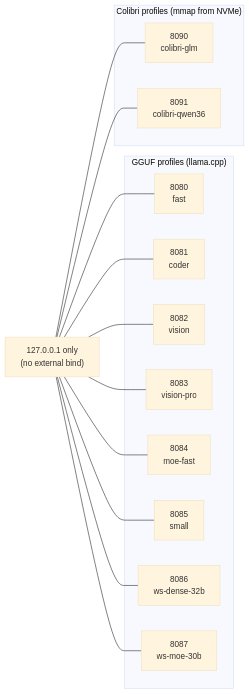
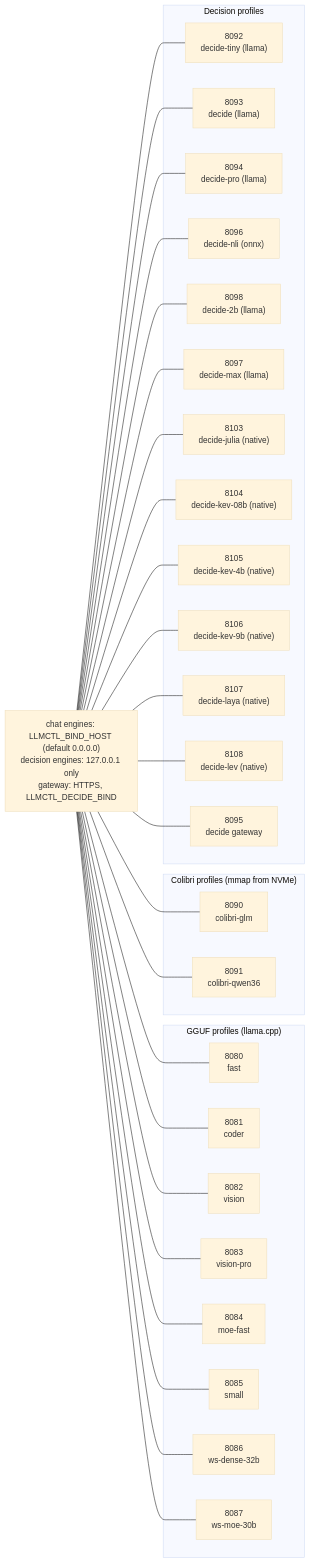
One commit to vasic-digital/llmctl changed the fifth of 10 diagrams in docs/architecture.md. Above: the diagram before and after it, drawn with Mermaid (base theme). The commit also changed other lines of this file and 1423 other files, not shown here.

````diff
--- a/docs/architecture.md
+++ b/docs/architecture.md
@@ -173,18 +200,33 @@
 ```mermaid
 flowchart LR
     subgraph "GGUF profiles (llama.cpp)"
         P8080["8080<br/>fast"]
         P8081["8081<br/>coder"]
         P8082["8082<br/>vision"]
         P8083["8083<br/>vision-pro"]
         P8084["8084<br/>moe-fast"]
         P8085["8085<br/>small"]
         P8086["8086<br/>ws-dense-32b"]
         P8087["8087<br/>ws-moe-30b"]
     end
     subgraph "Colibri profiles (mmap from NVMe)"
         P8090["8090<br/>colibri-glm"]
         P8091["8091<br/>colibri-qwen36"]
     end
-    ALL["127.0.0.1 only<br/>(no external bind)"] --- P8080 & P8081 & P8082 & P8083 & P8084 & P8085 & P8086 & P8087 & P8090 & P8091
+    subgraph "Decision profiles"
+        P8092["8092<br/>decide-tiny (llama)"]
+        P8093["8093<br/>decide (llama)"]
+        P8094["8094<br/>decide-pro (llama)"]
+        P8096["8096<br/>decide-nli (onnx)"]
+        P8098["8098<br/>decide-2b (llama)"]
+        P8097["8097<br/>decide-max (llama)"]
+        P8103["8103<br/>decide-julia (native)"]
+        P8104["8104<br/>decide-kev-08b (native)"]
+        P8105["8105<br/>decide-kev-4b (native)"]
+        P8106["8106<br/>decide-kev-9b (native)"]
+        P8107["8107<br/>decide-laya (native)"]
+        P8108["8108<br/>decide-lev (native)"]
+        P8095["8095<br/>decide gateway"]
+    end
+    ALL["chat engines: LLMCTL_BIND_HOST (default 0.0.0.0)<br/>decision engines: 127.0.0.1 only<br/>gateway: HTTPS, LLMCTL_DECIDE_BIND"] --- P8080 & P8081 & P8082 & P8083 & P8084 & P8085 & P8086 & P8087 & P8090 & P8091 & P8092 & P8093 & P8094 & P8095 & P8096 & P8097 & P8098 & P8103 & P8104 & P8105 & P8106 & P8107 & P8108
 ```
````
